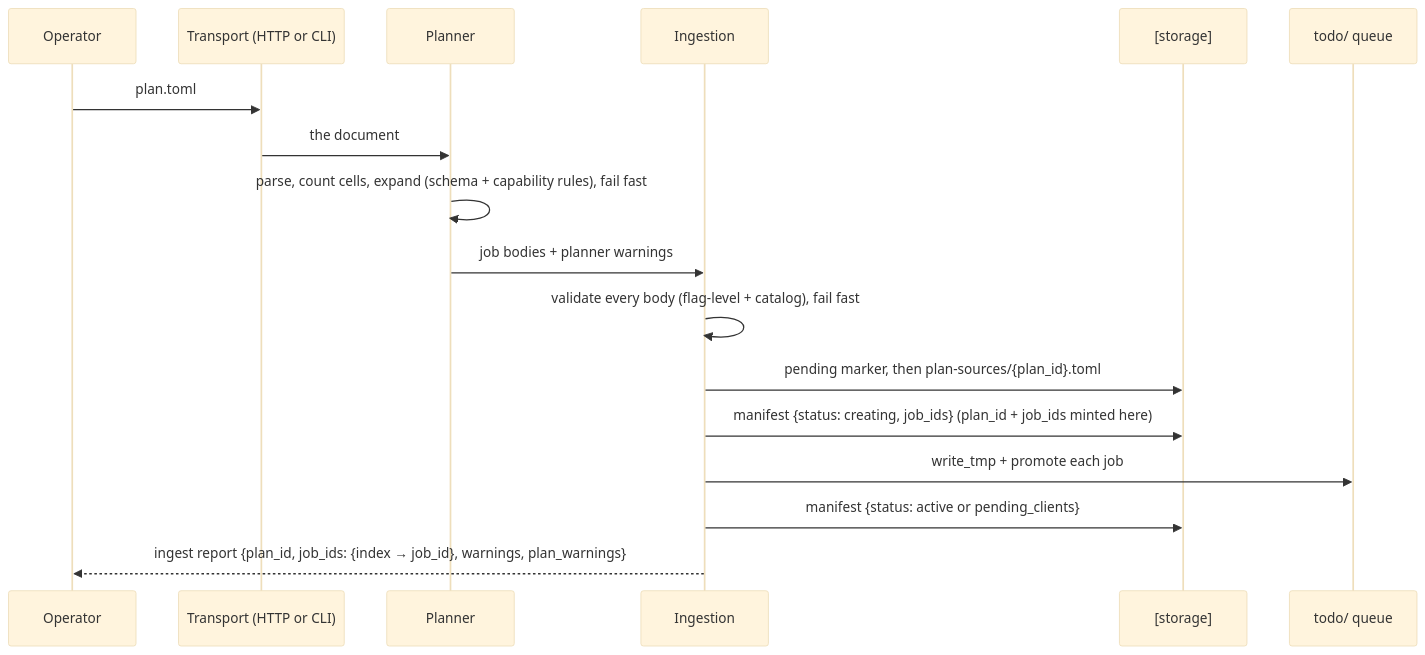
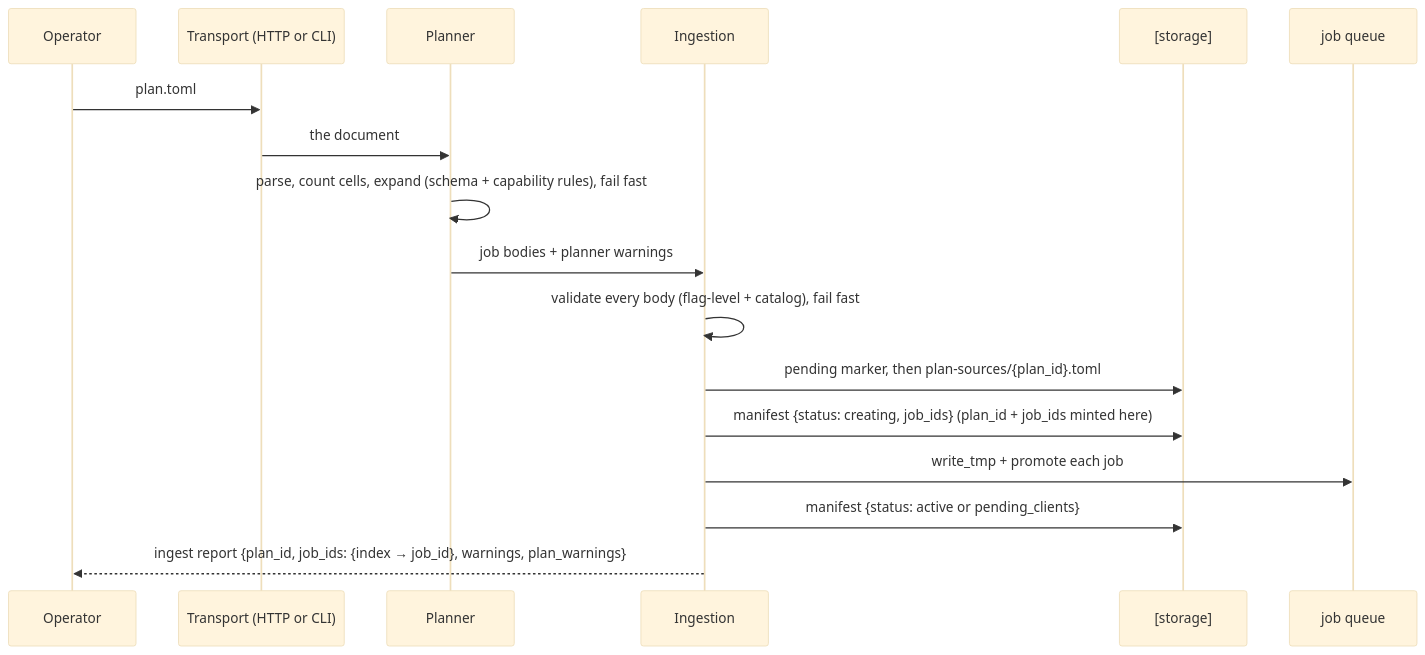
One commit to Liquid4All/pipette-mgmt changed the first of 2 diagrams in docs/plan-ingestion.md. Above: the diagram before and after it, drawn with Mermaid (base theme). The commit also changed other lines of this file and 312 other files, not shown here.

````diff
--- a/docs/plan-ingestion.md
+++ b/docs/plan-ingestion.md
@@ -102,20 +102,20 @@
 ```mermaid
 sequenceDiagram
     participant Op as Operator
     participant Tr as Transport (HTTP or CLI)
     participant Pl as Planner
     participant Ing as Ingestion
     participant Store as [storage]
-    participant Todo as todo/ queue
+    participant Todo as job queue
 
     Op->>Tr: plan.toml
     Tr->>Pl: the document
     Pl->>Pl: parse, count cells, expand (schema + capability rules), fail fast
     Pl->>Ing: job bodies + planner warnings
     Ing->>Ing: validate every body (flag-level + catalog), fail fast
     Ing->>Store: pending marker, then plan-sources/{plan_id}.toml
     Ing->>Store: manifest {status: creating, job_ids} (plan_id + job_ids minted here)
     Ing->>Todo: write_tmp + promote each job
     Ing->>Store: manifest {status: active or pending_clients}
     Ing-->>Op: ingest report {plan_id, job_ids: {index → job_id}, warnings, plan_warnings}
 ```
````
